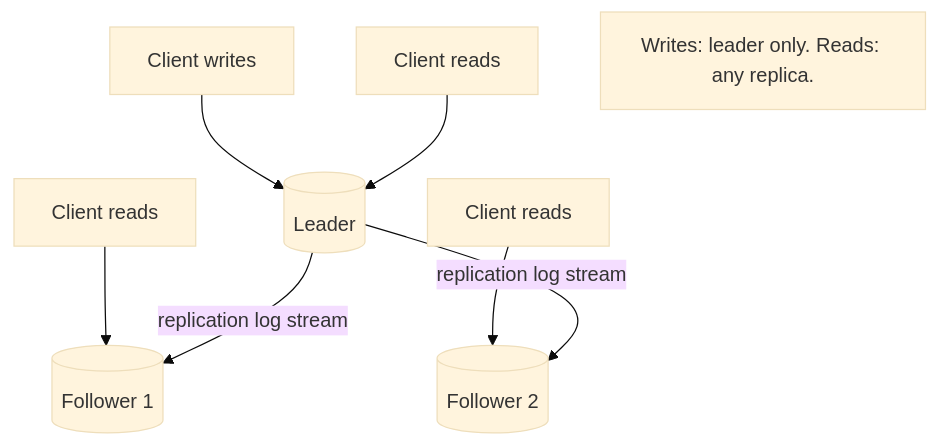
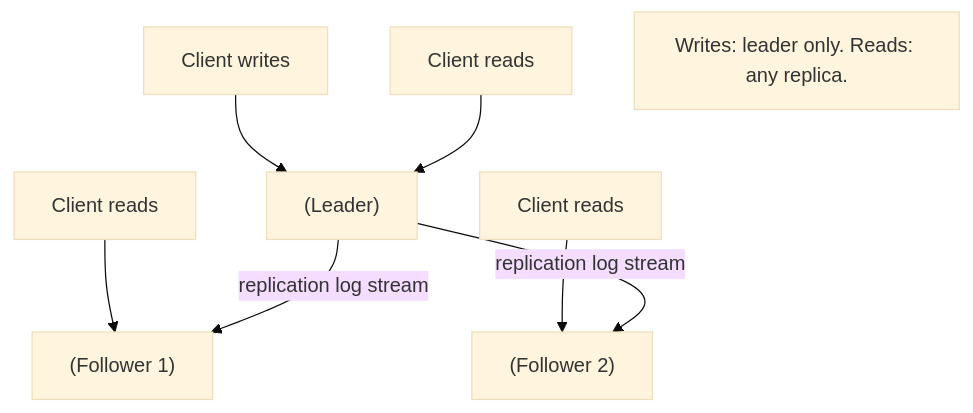
One commit to pankajThakur1874/studysheet changed the first of 2 diagrams in files/02-distributed-data/01-single-leader-replication.md. Above: the diagram before and after it, drawn with Mermaid (base theme). The commit also changed 102 other files, not shown here.

Commit message:
Auto-fix Mermaid diagram syntax across all study guides to prevent Syntax Error in Mermaid v10

````diff
--- a/files/02-distributed-data/01-single-leader-replication.md
+++ b/files/02-distributed-data/01-single-leader-replication.md
@@ -118,10 +118,10 @@
 ```mermaid
 flowchart TD
-    C1[Client writes] --> L[(Leader)]
+    C1[Client writes] --> L["(Leader)"]
     C2[Client reads] --> L
-    C3[Client reads] --> F1[(Follower 1)]
-    C4[Client reads] --> F2[(Follower 2)]
+    C3[Client reads] --> F1["(Follower 1)"]
+    C4[Client reads] --> F2["(Follower 2)"]
     L -->|replication log stream| F1
     L -->|replication log stream| F2
-    note[Writes: leader only. Reads: any replica.]
+    note["Writes: leader only. Reads: any replica."]
 ```
````
